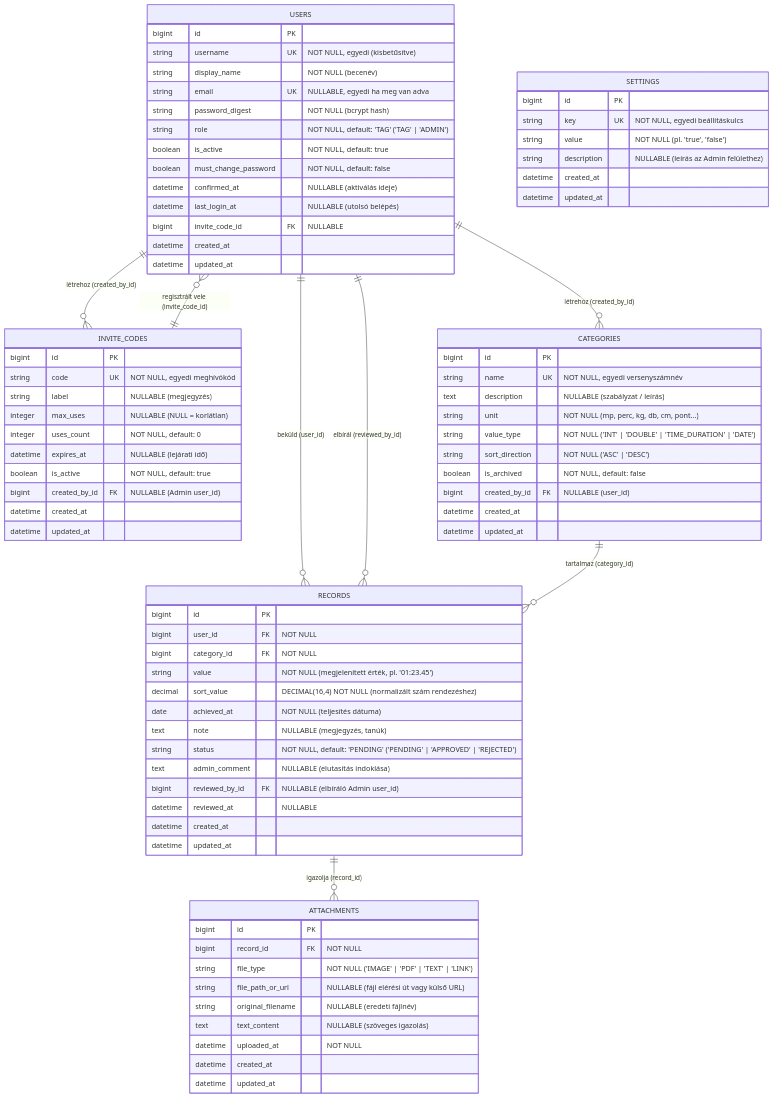
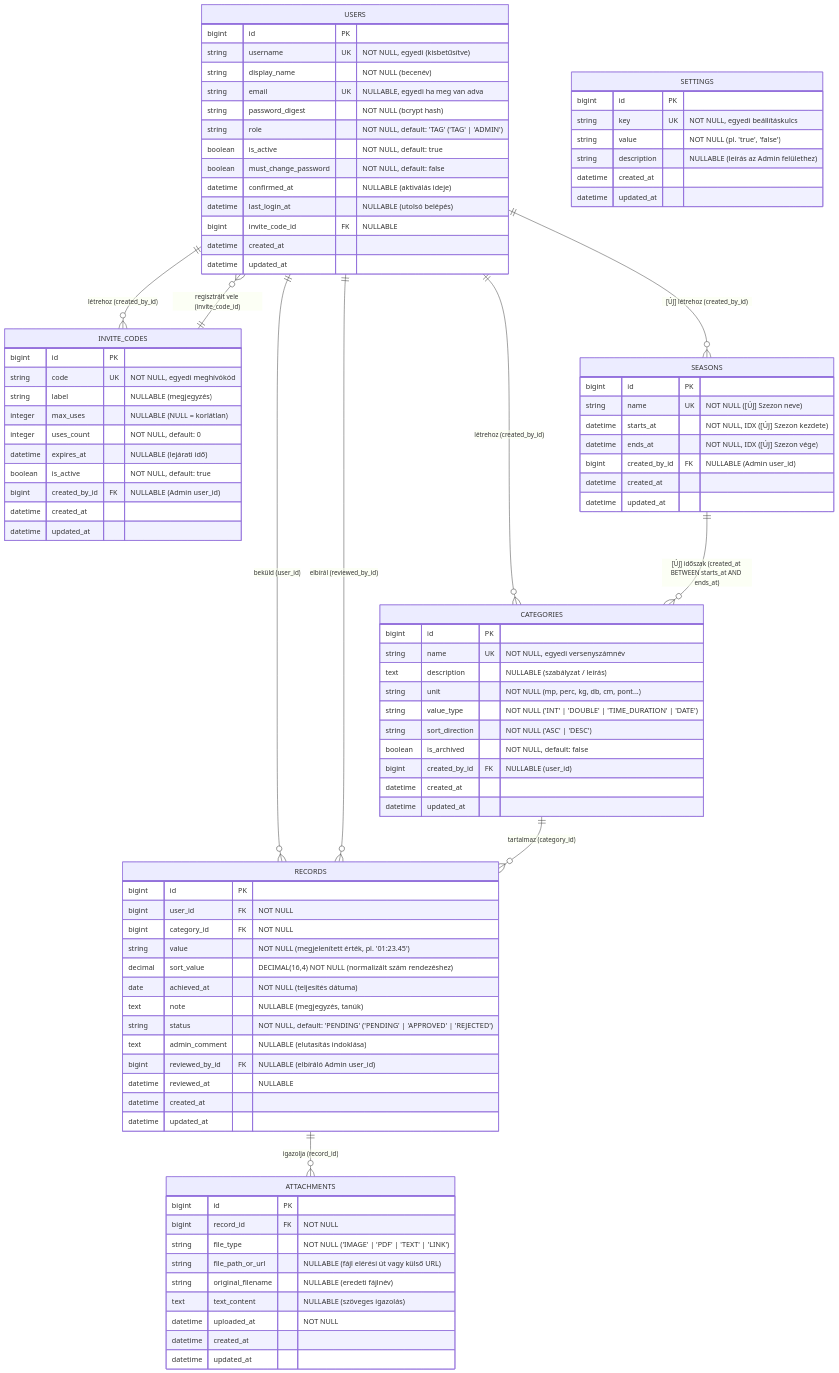
Before and after one commit to Preeim/palrekord: the diagram in docs/Adatstruktúra/adatstruktura.md, drawn with Mermaid. The commit also changed other lines of this file and 4 other files, not shown here.

````diff
--- a/docs/Adatstruktúra/adatstruktura.md
+++ b/docs/Adatstruktúra/adatstruktura.md
@@ -17,8 +25,10 @@
     USERS ||--o{ RECORDS : "elbírál (reviewed_by_id)"
     USERS ||--o{ INVITE_CODES : "létrehoz (created_by_id)"
     USERS ||--o{ CATEGORIES : "létrehoz (created_by_id)"
+    USERS ||--o{ SEASONS : "[ÚJ] létrehoz (created_by_id)"
     INVITE_CODES ||--o{ USERS : "regisztrált vele (invite_code_id)"
     CATEGORIES ||--o{ RECORDS : "tartalmaz (category_id)"
+    SEASONS ||--o{ CATEGORIES : "[ÚJ] időszak (created_at BETWEEN starts_at AND ends_at)"
     RECORDS ||--o{ ATTACHMENTS : "igazolja (record_id)"
 
     USERS {
@@ -99,4 +109,13 @@
         datetime created_at
         datetime updated_at
     }
+    SEASONS {
+        bigint id PK
+        string name UK "NOT NULL ([ÚJ] Szezon neve)"
+        datetime starts_at "NOT NULL, IDX ([ÚJ] Szezon kezdete)"
+        datetime ends_at "NOT NULL, IDX ([ÚJ] Szezon vége)"
+        bigint created_by_id FK "NULLABLE (Admin user_id)"
+        datetime created_at
+        datetime updated_at
+    }
 ```
````
